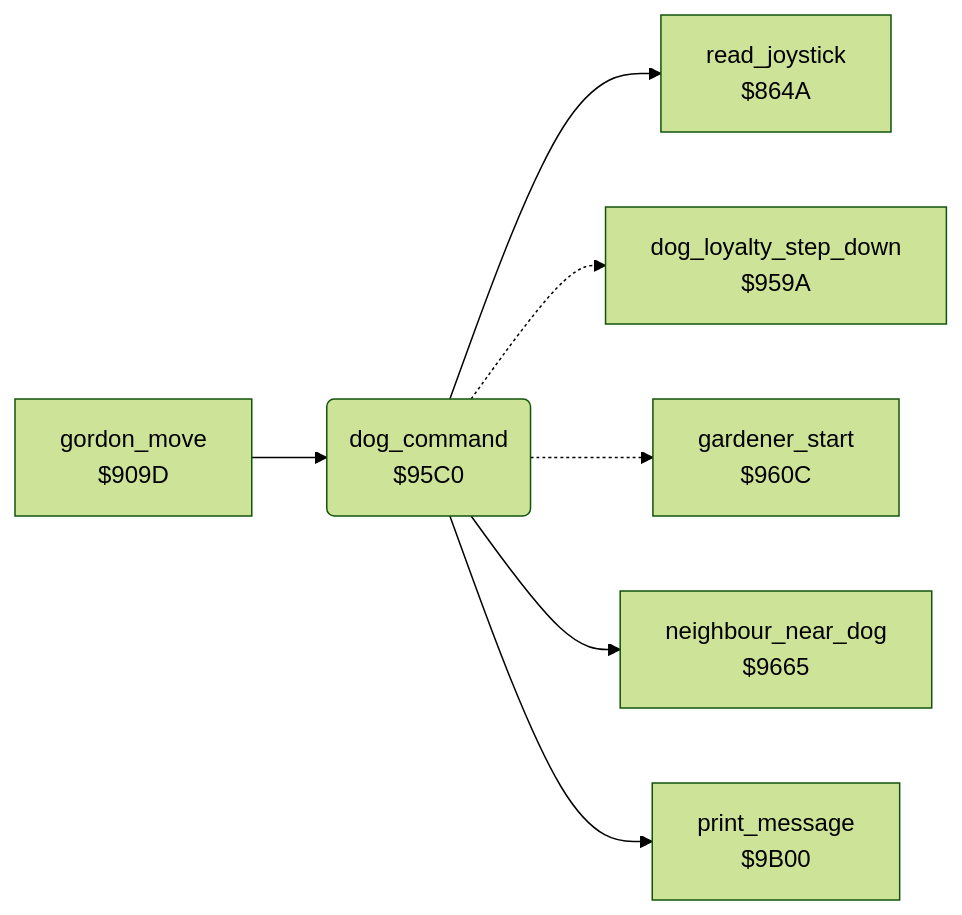
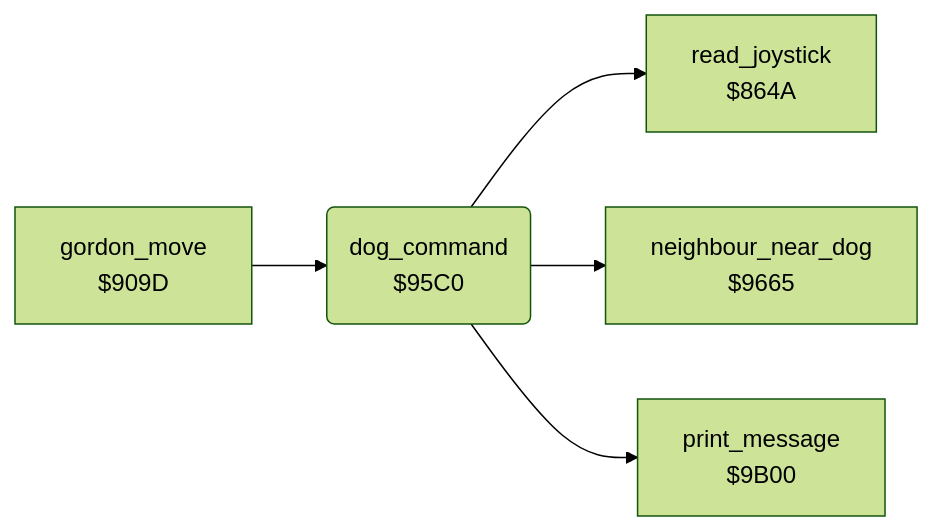
Before and after one commit to henols/c64_games: the diagram in hover_bovver/docs/reference/modules/dog/dog_command.md, drawn with Mermaid (forest theme). The commit also changed other lines of this file and 1100 other files, not shown here.

````diff
--- a/hover_bovver/docs/reference/modules/dog/dog_command.md
+++ b/hover_bovver/docs/reference/modules/dog/dog_command.md
@@ -10,16 +16,12 @@
 ```mermaid
 flowchart LR
   n864a["read_joystick<br/>$864A"]
   n909d["gordon_move<br/>$909D"]
-  n959a["dog_loyalty_step_down<br/>$959A"]
   n95c0("dog_command<br/>$95C0")
-  n960c["gardener_start<br/>$960C"]
   n9665["neighbour_near_dog<br/>$9665"]
   n9b00["print_message<br/>$9B00"]
   n909d --> n95c0
   n95c0 --> n864a
-  n95c0 -.-> n959a
-  n95c0 -.-> n960c
   n95c0 --> n9665
   n95c0 --> n9b00
 ```
````
